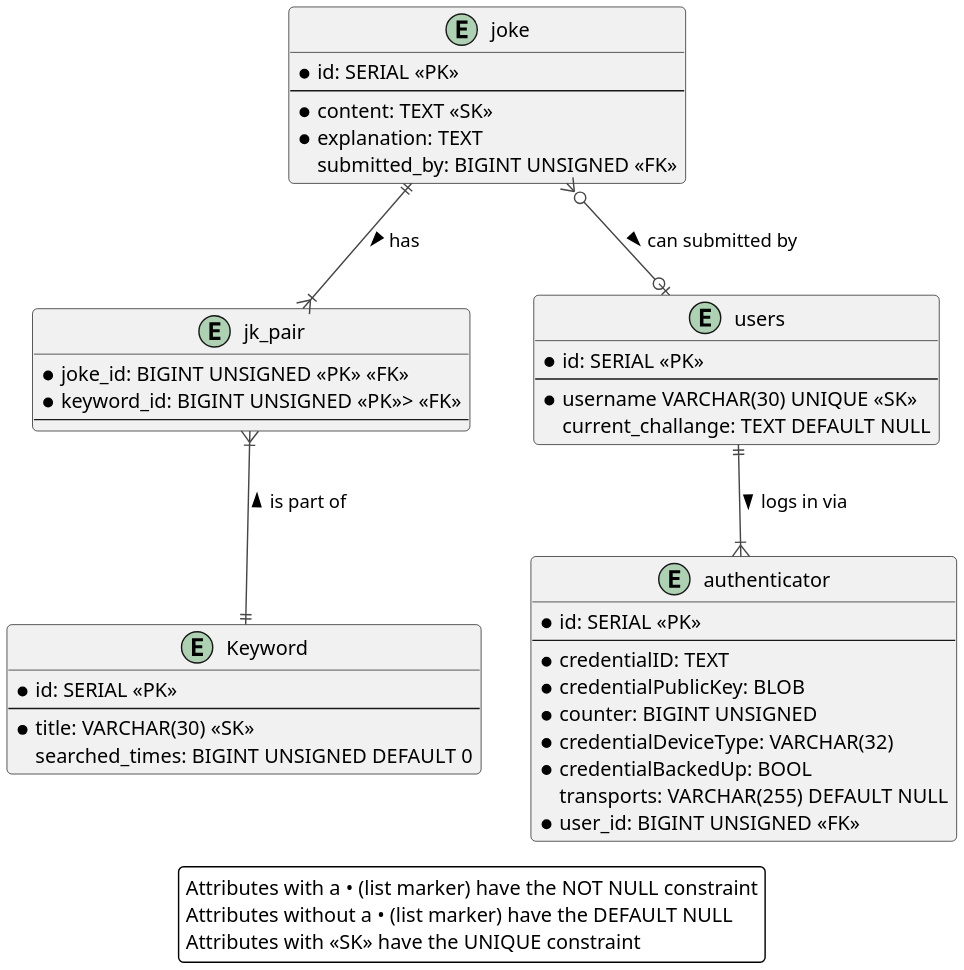
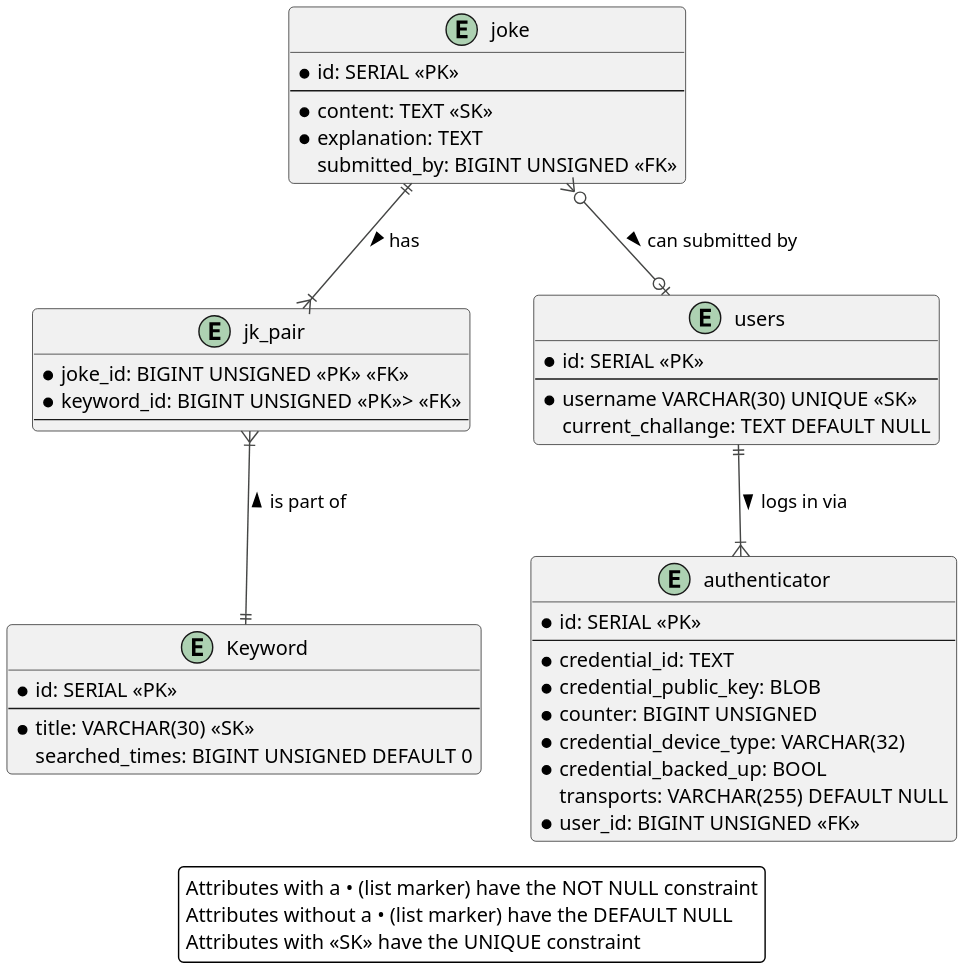
The second of 2 diagrams in database/database_model.md (SturmDerLiebe/bavarian_joke_generator), drawn with PlantUML before and after one commit.

Commit message:
Doc(Database): Adjust new attribute names

```diff
--- a/database/database_model.md
+++ b/database/database_model.md
@@ -45,58 +45,58 @@
 @startuml
 'skinparam linetype ortho
 scale 2
 !theme vibrant
 
 entity joke {
     * id: SERIAL <<PK>>
     --
     * content: TEXT <<SK>>
     * explanation: TEXT
     submitted_by: BIGINT UNSIGNED <<FK>>
 }
 
 entity jk_pair {
     * joke_id: BIGINT UNSIGNED <<PK>> <<FK>>
     * keyword_id: BIGINT UNSIGNED <<PK>>> <<FK>>
     --
 }
 
 entity Keyword  {
     ' use id instead of title as PK for performance and easier editing of keywords
     * id: SERIAL <<PK>>
     --
     * title: VARCHAR(30) <<SK>>
     searched_times: BIGINT UNSIGNED DEFAULT 0
 }
 
 entity users {
     ' The extra id is necessary for using simplewebauthn:
     * id: SERIAL <<PK>>
     --
     * username VARCHAR(30) UNIQUE <<SK>>
     current_challange: TEXT DEFAULT NULL
 }
 
 entity authenticator {
     * id: SERIAL <<PK>>
     --
-    * credentialID: TEXT
-    * credentialPublicKey: BLOB
+    * credential_id: TEXT
+    * credential_public_key: BLOB
     * counter: BIGINT UNSIGNED
-    * credentialDeviceType: VARCHAR(32)
-    * credentialBackedUp: BOOL
+    * credential_device_type: VARCHAR(32)
+    * credential_backed_up: BOOL
     transports: VARCHAR(255) DEFAULT NULL
     * user_id: BIGINT UNSIGNED <<FK>>
 }
 
 joke ||--|{ jk_pair : has >
 jk_pair }|--|| Keyword : is part of <
 joke }o--o| users : can submitted by >
 users ||--|{ authenticator : logs in via > 
 
 legend
     Attributes with a • (list marker) have the NOT NULL constraint
     Attributes without a • (list marker) have the DEFAULT NULL
     Attributes with <<SK>> have the UNIQUE constraint
 endlegend
 @enduml
```
